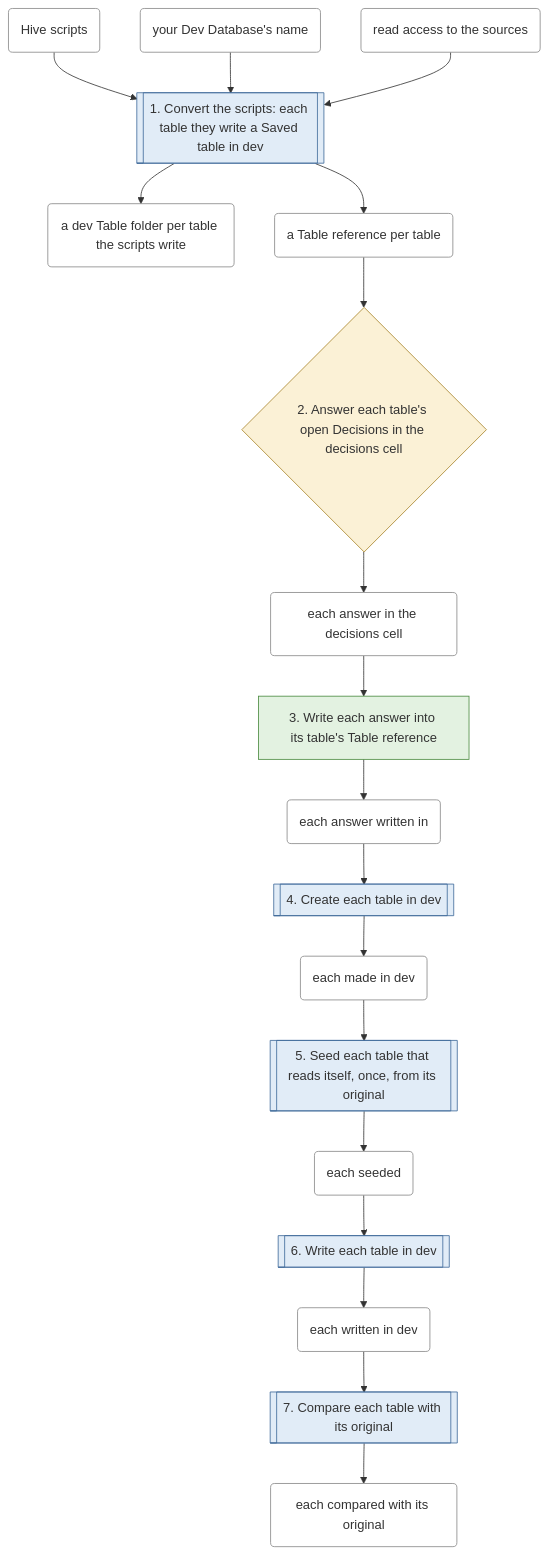
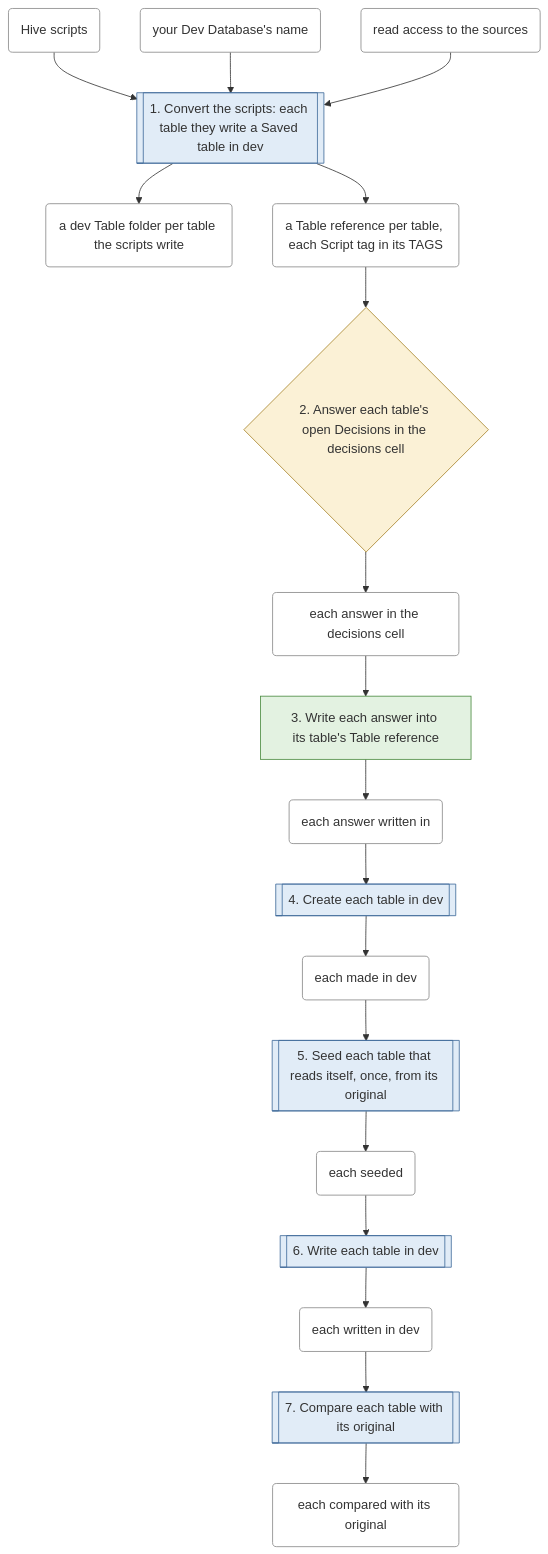
Before and after one commit to EdgyPage/SQL-Composer: the second of 8 diagrams in .github/README.md, drawn with Mermaid. The commit also changed other lines of this file and 116 other files, not shown here.

````diff
--- a/.github/README.md
+++ b/.github/README.md
@@ -764,42 +775,42 @@
 ```mermaid
 flowchart TD
     s0[["1. Convert the scripts: each table they write a Saved table in dev"]]:::warehouse_call
     s1{"2. Answer each table's open Decisions in the decisions cell"}:::your_decision
     s2["3. Write each answer into its table's Table reference"]:::files_only
     s3[["4. Create each table in dev"]]:::warehouse_call
     s4[["5. Seed each table that reads itself, once, from its original"]]:::warehouse_call
     s5[["6. Write each table in dev"]]:::warehouse_call
     s6[["7. Compare each table with its original"]]:::warehouse_call
     t0("Hive scripts"):::thing
     t1("your Dev Database's name"):::thing
     t2("read access to the sources"):::thing
     t3("a dev Table folder per table the scripts write"):::thing
-    t4("a Table reference per table"):::thing
+    t4("a Table reference per table, each Script tag in its TAGS"):::thing
     t5("each answer in the decisions cell"):::thing
     t6("each answer written in"):::thing
     t7("each made in dev"):::thing
     t8("each seeded"):::thing
     t9("each written in dev"):::thing
     t10("each compared with its original"):::thing
     t0 --> s0
     t1 --> s0
     t2 --> s0
     s0 --> t3
     s0 --> t4
     t4 --> s1
     s1 --> t5
     t5 --> s2
     s2 --> t6
     t6 --> s3
     s3 --> t7
     t7 --> s4
     s4 --> t8
     t8 --> s5
     s5 --> t9
     t9 --> s6
     s6 --> t10
     classDef files_only fill:#e3f2e1,stroke:#4a8a3f
     classDef warehouse_call fill:#e1ecf7,stroke:#3f6a9a
     classDef your_decision fill:#fbf1d6,stroke:#a8842a
     classDef thing fill:#ffffff,stroke:#888888
 ```
````
